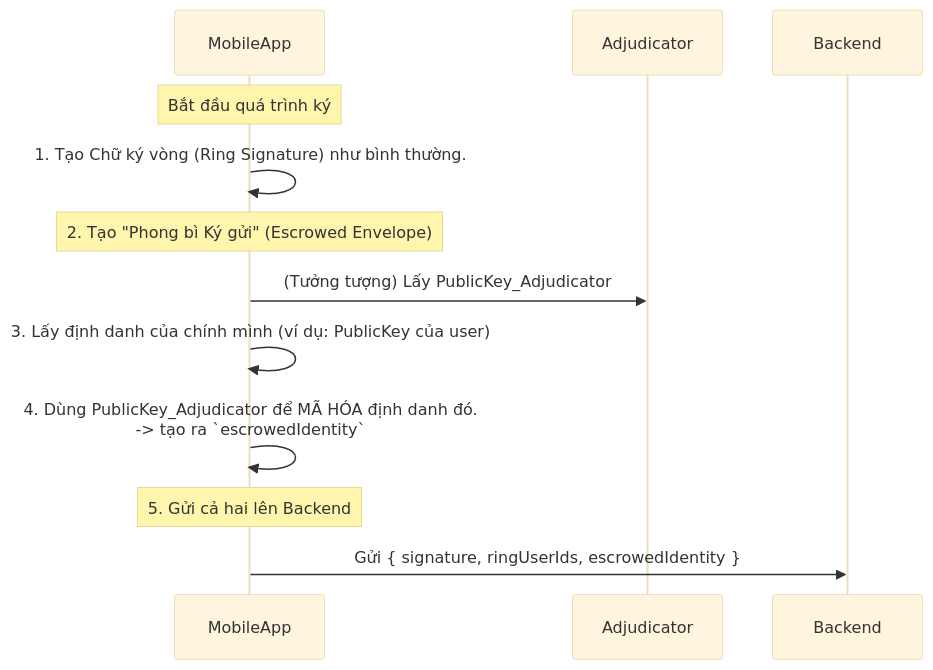
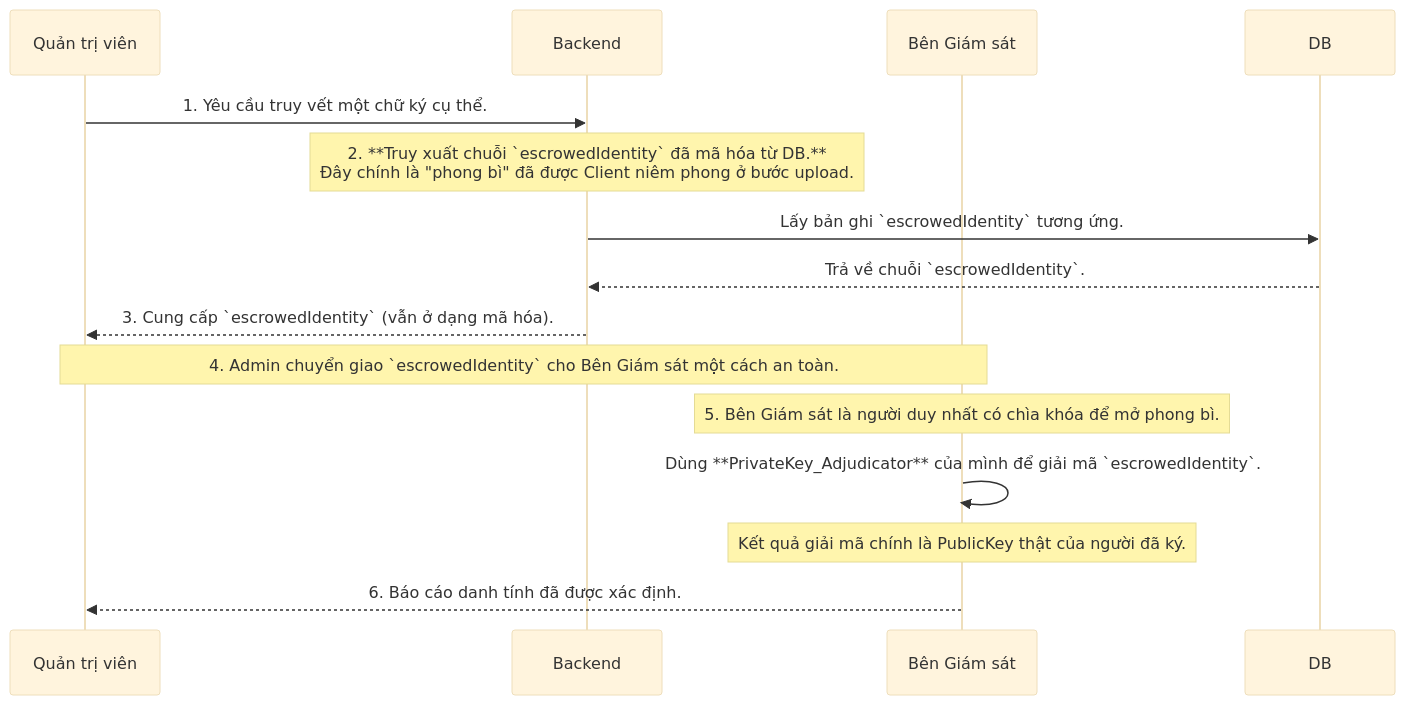
One commit to nguyenphuc22/ipfs-sandbox changed the second of 3 diagrams in New_Thesis.md. Above: the diagram before and after it, drawn with Mermaid (base theme). The commit also changed other lines of this file, not shown here.

Commit message:
Revise New_Thesis.md to clarify cryptographic concepts and enhance system architecture explanation; update operational flows for improved technical understanding and academic value.

````diff
--- a/New_Thesis.md
+++ b/New_Thesis.md
@@ -192,17 +86,22 @@
 ```mermaid
 sequenceDiagram
-    participant MobileApp
-    participant Adjudicator
+    participant Admin as Quản trị viên
+    participant Backend
+    participant Adjudicator as Bên Giám sát
 
-    note over MobileApp: Bắt đầu quá trình ký
-    MobileApp->>MobileApp: 1. Tạo Chữ ký vòng (Ring Signature) như bình thường.
+    Admin->>Backend: 1. Yêu cầu truy vết một chữ ký cụ thể.
     
-    note over MobileApp: 2. Tạo "Phong bì Ký gửi" (Escrowed Envelope)
-    MobileApp->>Adjudicator: (Tưởng tượng) Lấy PublicKey_Adjudicator
-    MobileApp->>MobileApp: 3. Lấy định danh của chính mình (ví dụ: PublicKey của user)
-    MobileApp->>MobileApp: 4. Dùng PublicKey_Adjudicator để MÃ HÓA định danh đó. <br/> -> tạo ra `escrowedIdentity`
+    note over Backend: 2. **Truy xuất chuỗi `escrowedIdentity` đã mã hóa từ DB.** <br/> Đây chính là "phong bì" đã được Client niêm phong ở bước upload.
+    Backend->>DB: Lấy bản ghi `escrowedIdentity` tương ứng.
+    DB-->>Backend: Trả về chuỗi `escrowedIdentity`.
+
+    Backend-->>Admin: 3. Cung cấp `escrowedIdentity` (vẫn ở dạng mã hóa).
+
+    note over Admin, Adjudicator: 4. Admin chuyển giao `escrowedIdentity` cho Bên Giám sát một cách an toàn.
+
+    note over Adjudicator: 5. Bên Giám sát là người duy nhất có chìa khóa để mở phong bì.
+    Adjudicator->>Adjudicator: Dùng **PrivateKey_Adjudicator** của mình để giải mã `escrowedIdentity`.
     
-    note over MobileApp: 5. Gửi cả hai lên Backend
-    MobileApp->>Backend: Gửi { signature, ringUserIds, escrowedIdentity }
-
+    note over Adjudicator: Kết quả giải mã chính là PublicKey thật của người đã ký.
+    Adjudicator-->>Admin: 6. Báo cáo danh tính đã được xác định.
 ```
````
